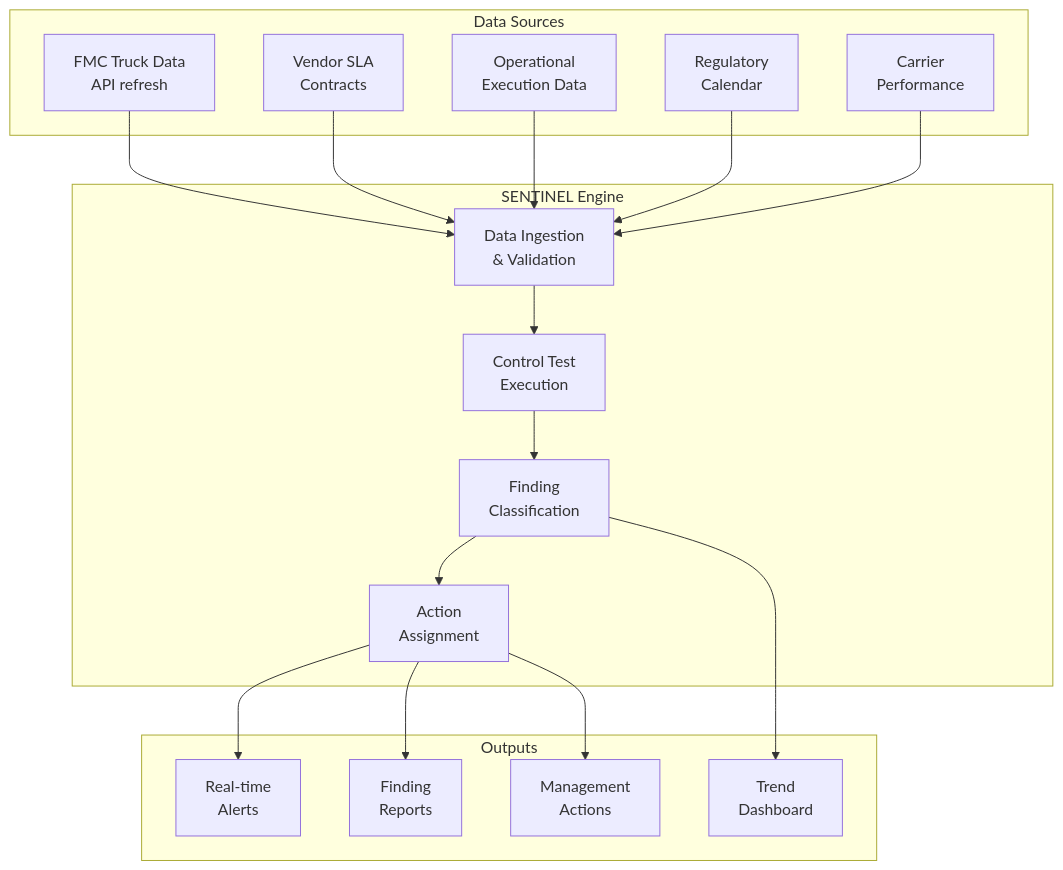
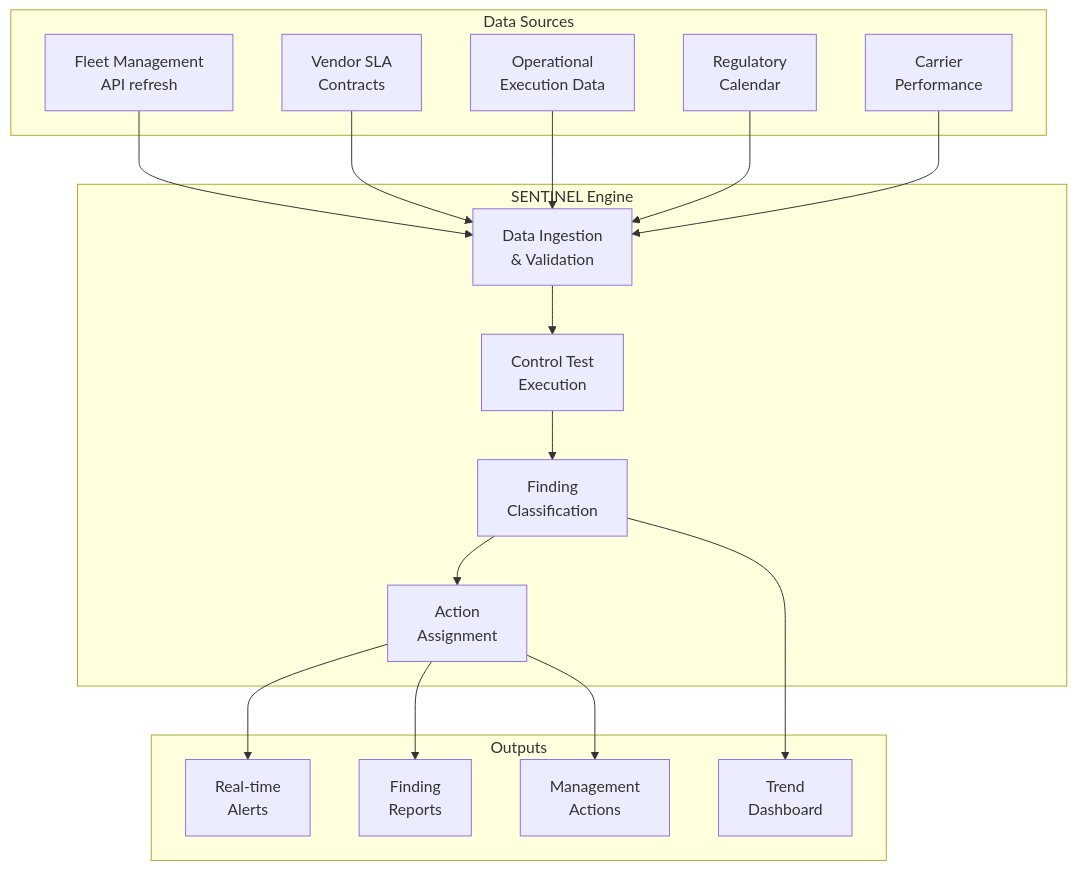
One commit to bladijm-design/operations-audit-portfolio changed the diagram in 01-sentinel-automated-audit/README.md. Above: the diagram before and after it, drawn with Mermaid. The commit also changed other lines of this file and 6 other files, not shown here.

````diff
--- a/01-sentinel-automated-audit/README.md
+++ b/01-sentinel-automated-audit/README.md
@@ -23,37 +23,37 @@
 ```mermaid
 flowchart TD
     subgraph Data Sources
-        A1[FMC Truck Data<br/>API refresh]
+        A1[Fleet Management<br/>API refresh]
         A2[Vendor SLA<br/>Contracts]
         A3[Operational<br/>Execution Data]
         A4[Regulatory<br/>Calendar]
         A5[Carrier<br/>Performance]
     end
 
     subgraph SENTINEL Engine
         B1[Data Ingestion<br/>& Validation]
         B2[Control Test<br/>Execution]
         B3[Finding<br/>Classification]
         B4[Action<br/>Assignment]
     end
 
     subgraph Outputs
         C1[Real-time<br/>Alerts]
         C2[Finding<br/>Reports]
         C3[Management<br/>Actions]
         C4[Trend<br/>Dashboard]
     end
 
     A1 --> B1
     A2 --> B1
     A3 --> B1
     A4 --> B1
     A5 --> B1
     B1 --> B2
     B2 --> B3
     B3 --> B4
     B4 --> C1
     B4 --> C2
     B4 --> C3
     B3 --> C4
 ```
````
